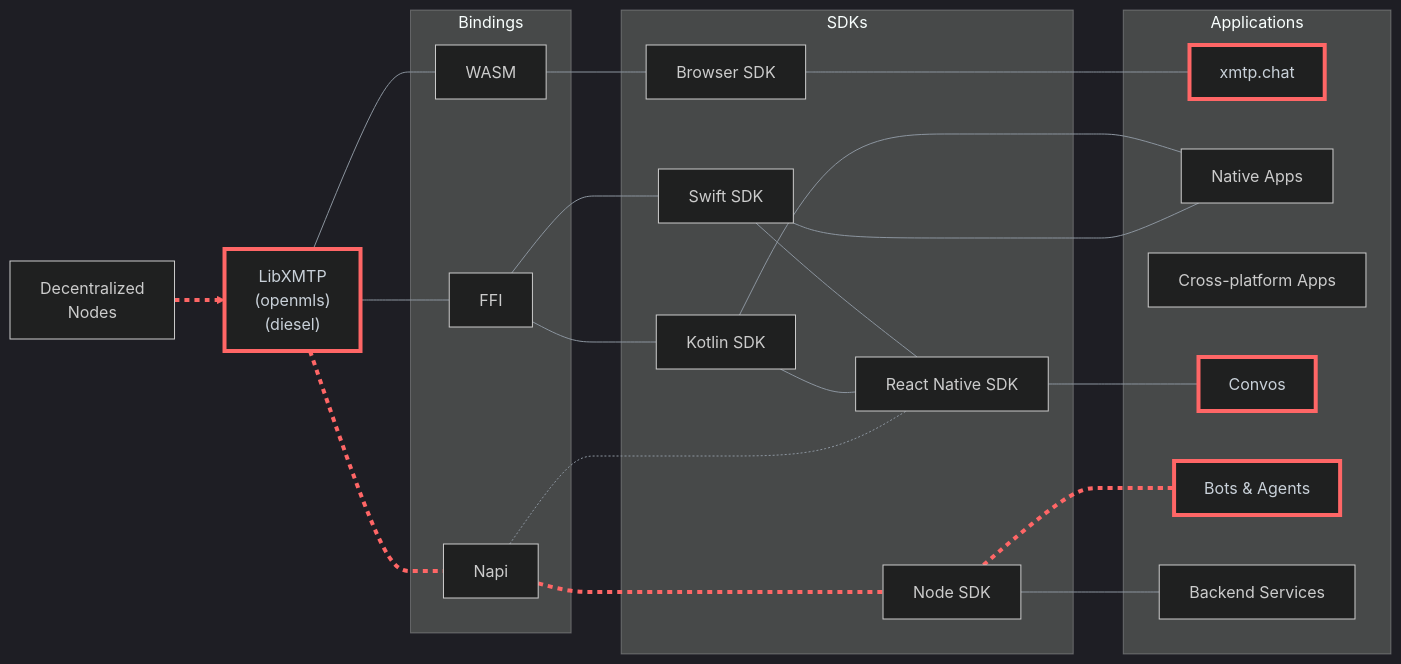
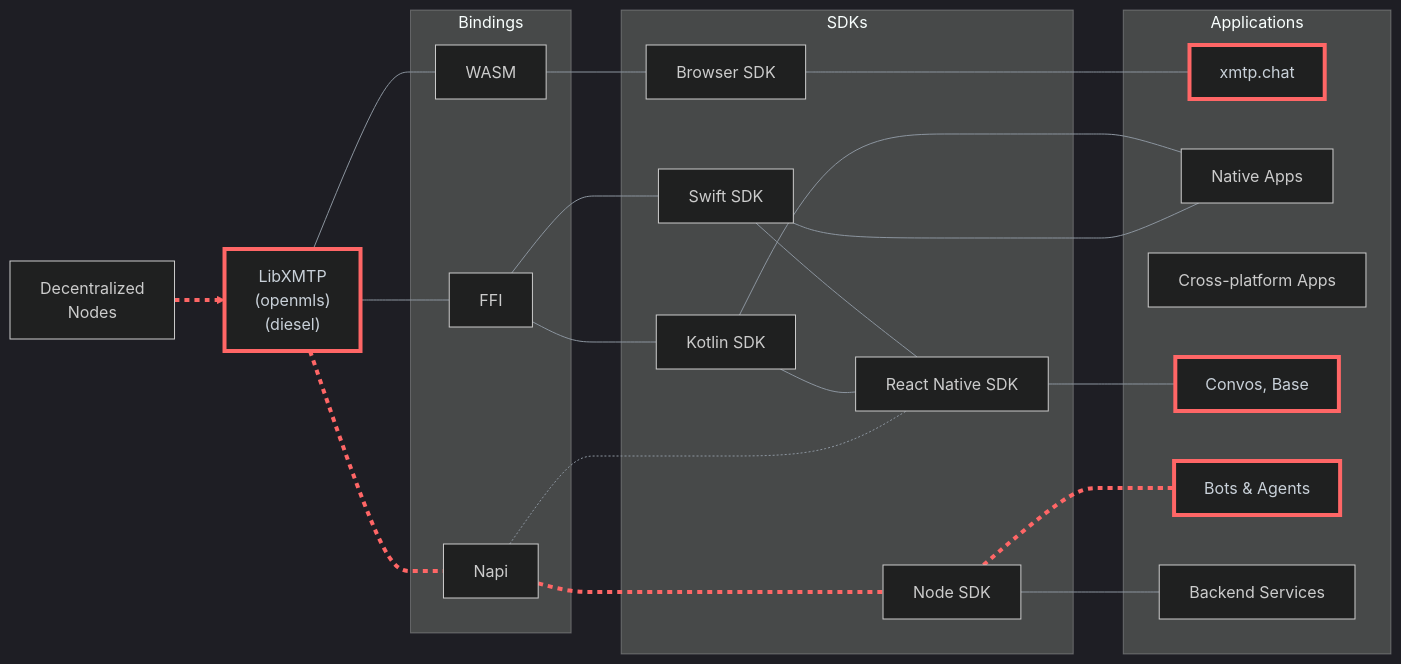
Before and after one commit to xmtp/xmtp-qa-tools: the diagram in README.md, drawn with Mermaid. The commit also changed 1 other file, not shown here.

Commit message:
Update terminology for clarity in documentation

````diff
--- a/README.md
+++ b/README.md
@@ -20,56 +20,56 @@
 ```mermaid
 %%{init: {'theme': 'dark', 'themeVariables': { 'primaryColor': '#0D1117', 'primaryTextColor': '#c9d1d9', 'primaryBorderColor': '#30363d', 'lineColor': '#8b949e', 'secondaryColor': '#161b22', 'tertiaryColor': '#161b22' }}}%%
 
 flowchart LR
   %% Core components and bindings
   subgraph Bindings["Bindings"]
     wasm["WASM"]
     ffi["FFI"]
     napi["Napi"]
   end
 
   subgraph SDKs["SDKs"]
     browserSDK["Browser SDK"]
     swiftSDK["Swift SDK"]
     kotlinSDK["Kotlin SDK"]
     reactNativeSDK["React Native SDK"]
     nodesdk["Node SDK"]
   end
 
   subgraph Applications["Applications"]
     webApps["xmtp.chat"]
     mobileApps["Native Apps"]
     crossPlatformApps["Cross-platform Apps"]
-    messagingApps["Convos"]
+    messagingApps["Convos, Base"]
     botAgents["Bots & Agents"]
     backendServices["Backend Services"]
   end
 
   decentralNode["Decentralized<br>Nodes"] --> libxmtp["LibXMTP<br>(openmls)<br>(diesel)"]
   libxmtp --- wasm
   libxmtp --- ffi
   kotlinSDK --- mobileApps
   libxmtp --- napi
 
   wasm --- browserSDK
   ffi --- swiftSDK
   ffi --- kotlinSDK
 
   swiftSDK --- reactNativeSDK
   kotlinSDK --- reactNativeSDK
 
   browserSDK --- webApps
 
   swiftSDK --- mobileApps
 
   napi --- nodesdk
   nodesdk --- botAgents
   nodesdk --- backendServices
 
   reactNativeSDK --- messagingApps
   napi -.- reactNativeSDK
 
   linkStyle 0,4,12,13 stroke:#f66,stroke-width:4px,stroke-dasharray: 5,5;
   classDef highlightStroke stroke:#f66,color:#c9d1d9,stroke-width:4px;
   class centralNode,libxmtp,webApps,messagingApps,botAgents highlightStroke;
 ```
````
